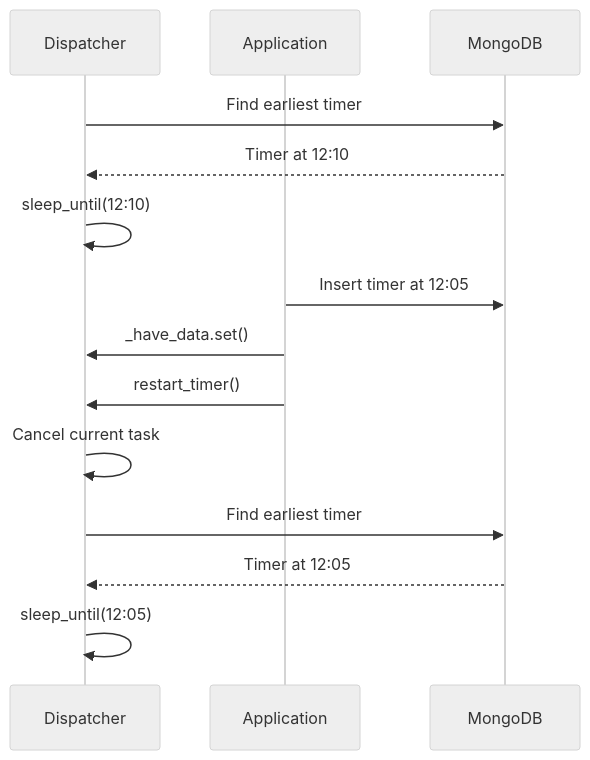
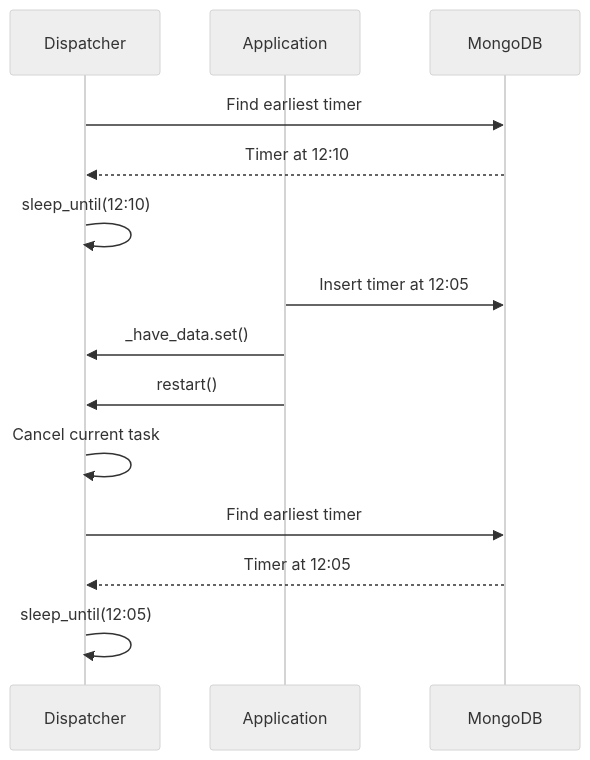
One commit to rtk-rnjn/Parrot changed the seventh of 7 diagrams in core/utils/timer_dispatcher/README.md. Above: the diagram before and after it, drawn with Mermaid (neutral theme). The commit also changed other lines of this file and 5 other files, not shown here.

````diff
--- a/core/utils/timer_dispatcher/README.md
+++ b/core/utils/timer_dispatcher/README.md
@@ -848,22 +848,22 @@
 ```mermaid
 sequenceDiagram
     participant D as Dispatcher
     participant A as Application
     participant M as MongoDB
 
     D->>M: Find earliest timer
     M-->>D: Timer at 12:10
 
     D->>D: sleep_until(12:10)
 
     A->>M: Insert timer at 12:05
     A->>D: _have_data.set()
 
-    A->>D: restart_timer()
+    A->>D: restart()
     D->>D: Cancel current task
 
     D->>M: Find earliest timer
     M-->>D: Timer at 12:05
 
     D->>D: sleep_until(12:05)
 ```
````
